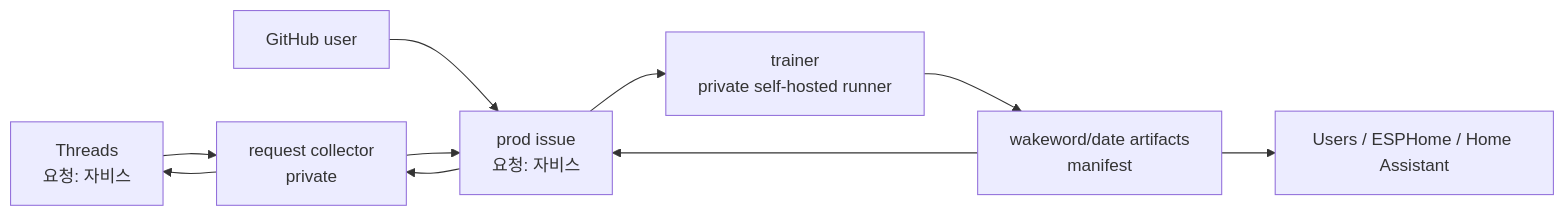
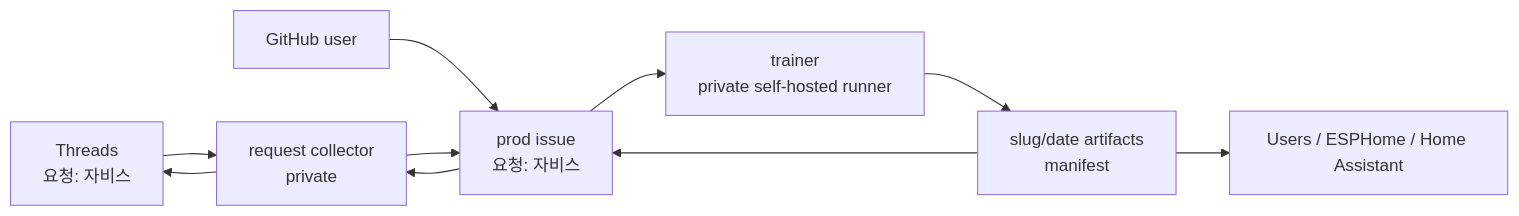
One commit to UnripePlum/korean-wakeword changed the first of 2 diagrams in docs/ARCHITECTURE.md. Above: the diagram before and after it, drawn with Mermaid. The commit also changed other lines of this file and 3 other files, not shown here.

````diff
--- a/docs/ARCHITECTURE.md
+++ b/docs/ARCHITECTURE.md
@@ -11,12 +11,12 @@
 ```mermaid
 flowchart LR
     A["Threads<br/>요청: 자비스"] --> B["request collector<br/>private"]
     X["GitHub user"] --> C["prod issue<br/>요청: 자비스"]
     B --> C
     C --> D["trainer<br/>private self-hosted runner"]
-    D --> E["wakeword/date artifacts<br/>manifest"]
+    D --> E["slug/date artifacts<br/>manifest"]
     E --> C
     C --> B
     B --> A
     E --> F["Users / ESPHome / Home Assistant"]
 ```
````
